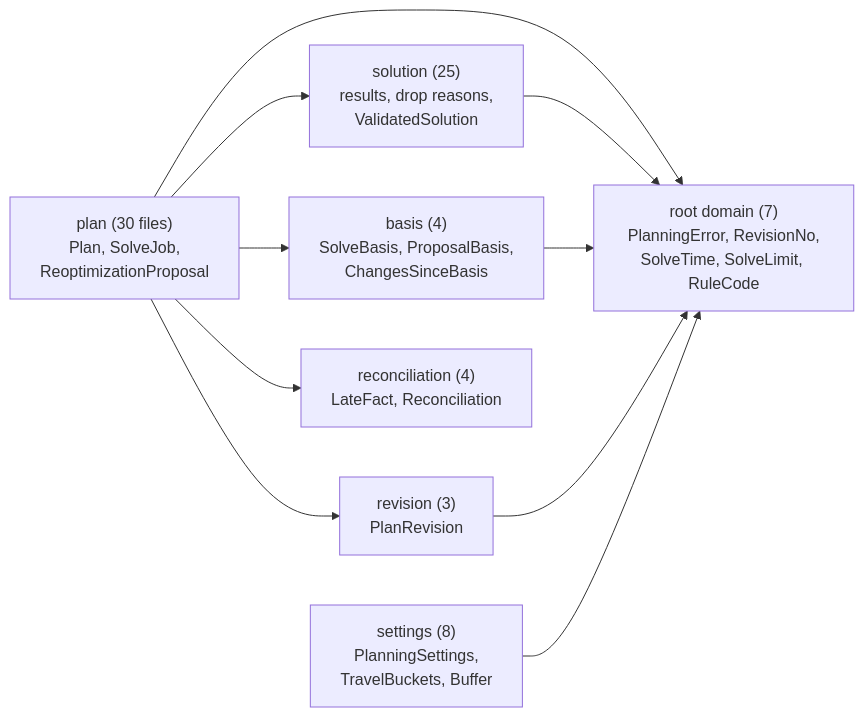
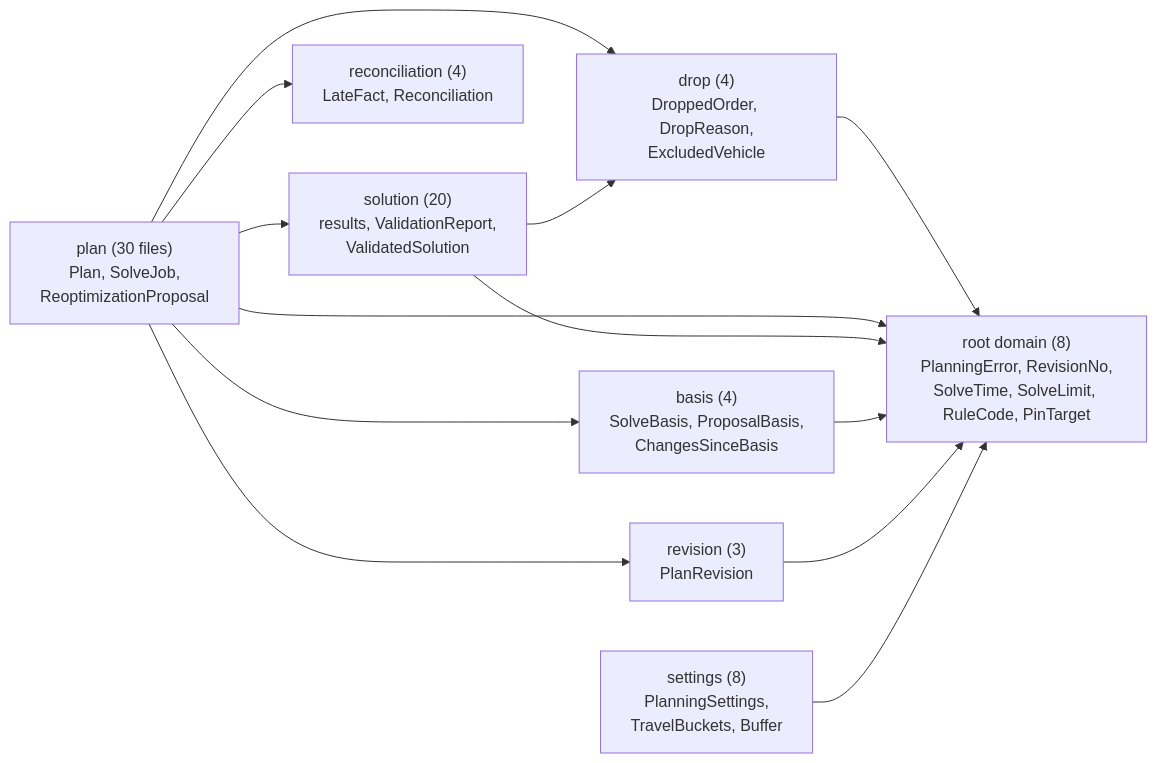
Before and after one commit to NaimElijah/DispatchFlow: the ninth of 29 diagrams in docs/architecture/domain_layer/domain_layer_visual_guide.md, drawn with Mermaid. The commit also changed other lines of this file and 62 other files, not shown here.

First line of the commit message:
refactor(planning): split plan's use cases, the port root and solution

````diff
--- a/docs/architecture/domain_layer/domain_layer_visual_guide.md
+++ b/docs/architecture/domain_layer/domain_layer_visual_guide.md
@@ -832,19 +832,23 @@
 ```mermaid
 flowchart LR
   PLAN["plan (30 files)<br/>Plan, SolveJob,<br/>ReoptimizationProposal"]
-  SOL["solution (25)<br/>results, drop reasons,<br/>ValidatedSolution"]
+  SOL["solution (20)<br/>results, ValidationReport,<br/>ValidatedSolution"]
+  DROP["drop (4)<br/>DroppedOrder, DropReason,<br/>ExcludedVehicle"]
   BAS["basis (4)<br/>SolveBasis, ProposalBasis,<br/>ChangesSinceBasis"]
   REV["revision (3)<br/>PlanRevision"]
   REC["reconciliation (4)<br/>LateFact, Reconciliation"]
   SET["settings (8)<br/>PlanningSettings,<br/>TravelBuckets, Buffer"]
-  ROOT["root domain (7)<br/>PlanningError, RevisionNo,<br/>SolveTime, SolveLimit, RuleCode"]
+  ROOT["root domain (8)<br/>PlanningError, RevisionNo,<br/>SolveTime, SolveLimit, RuleCode, PinTarget"]
   PLAN --> SOL
+  PLAN --> DROP
+  SOL --> DROP
+  DROP --> ROOT
   PLAN --> BAS
   PLAN --> REV
   PLAN --> REC
   PLAN --> ROOT
   SOL --> ROOT
   BAS --> ROOT
   REV --> ROOT
   SET --> ROOT
 ```
````
